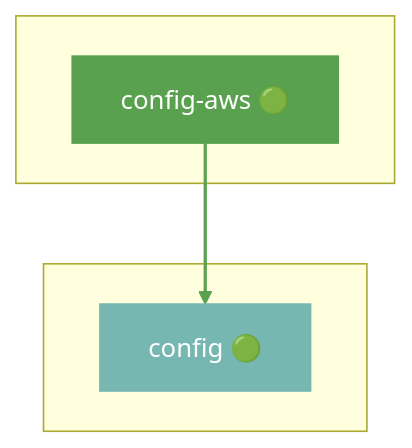
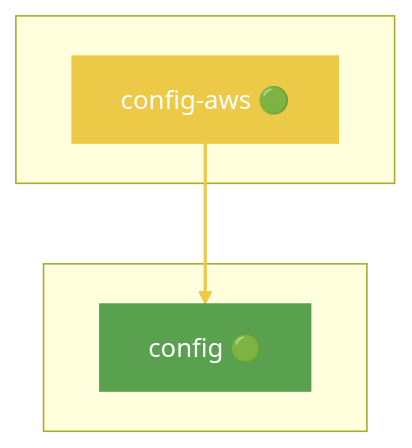
The seventh of 43 diagrams in docs/DEPENDENCIES.md (grest-ts/grest-ts), drawn with Mermaid before and after one commit. The commit also changed other lines of this file and 86 other files, not shown here.

````diff
--- a/docs/DEPENDENCIES.md
+++ b/docs/DEPENDENCIES.md
@@ -555,13 +605,13 @@
 ```mermaid
 flowchart TB
     subgraph Package[" "]
         config-aws["config-aws 🟢"]
     end
     subgraph Dependencies[" "]
         config["config 🟢"]
     end
     config-aws --> config
-    style config-aws fill:#59A14F,stroke:#59A14F,color:#fff
-    style config fill:#76B7B2,stroke:#76B7B2,color:#fff
-    linkStyle 0 stroke:#59A14F,stroke-width:2px
+    style config-aws fill:#EDC948,stroke:#EDC948,color:#fff
+    style config fill:#59A14F,stroke:#59A14F,color:#fff
+    linkStyle 0 stroke:#EDC948,stroke-width:2px
 ```
````
